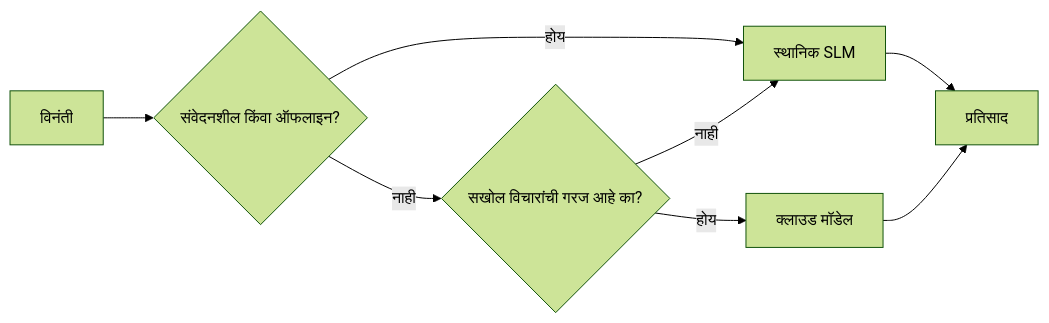
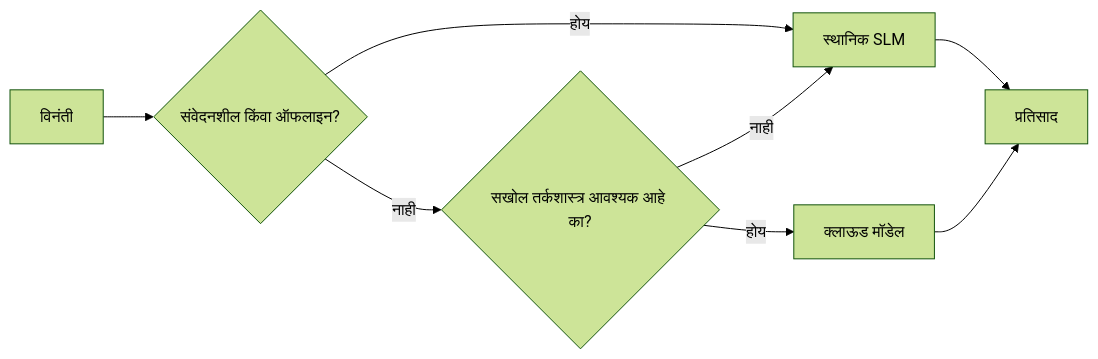
The fourth of 4 diagrams in mirrors/repos/microsoft@ai-agents-for-beginners/translations/mr/17-creating-local-ai-agents/README.md (gabrielmoreira/agent-skills-mirror), drawn with Mermaid (forest theme) before and after one commit. The commit also changed other lines of this file and 4262 other files, not shown here.

````diff
--- a/mirrors/repos/microsoft@ai-agents-for-beginners/translations/mr/17-creating-local-ai-agents/README.md
+++ b/mirrors/repos/microsoft@ai-agents-for-beginners/translations/mr/17-creating-local-ai-agents/README.md
@@ -156,10 +156,10 @@
 ```mermaid
 flowchart LR
     Q[विनंती] --> S{संवेदनशील किंवा ऑफलाइन?}
     S -->|होय| L[स्थानिक SLM]
-    S -->|नाही| C{सखोल विचारांची गरज आहे का?}
+    S -->|नाही| C{सखोल तर्कशास्त्र आवश्यक आहे का?}
     C -->|नाही| L
-    C -->|होय| Cloud[क्लाउड मॉडेल]
+    C -->|होय| Cloud[क्लाऊड मॉडेल]
     L --> Out[प्रतिसाद]
     Cloud --> Out
 ```
````
